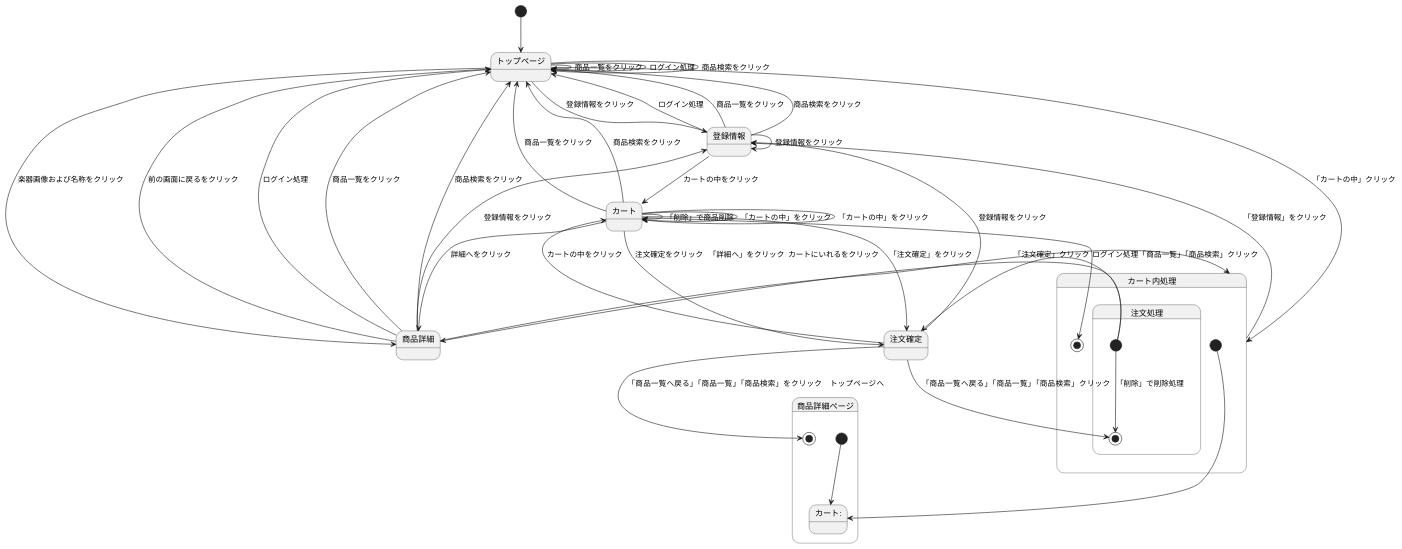
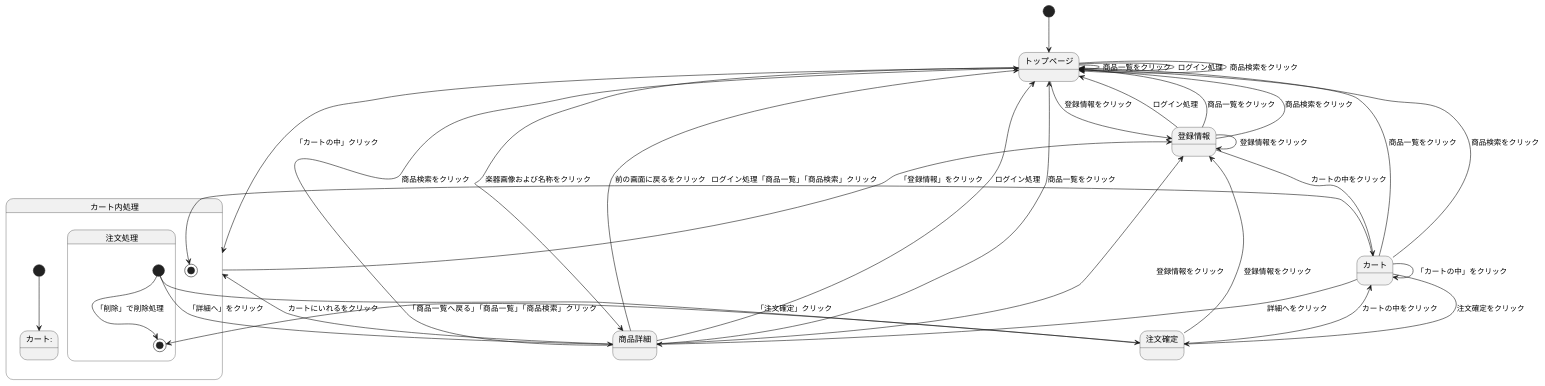
Before and after one commit to Aso2001374/2021sys-design: the third of 3 diagrams in stm01.md, drawn with PlantUML.

````diff
--- a/stm01.md
+++ b/stm01.md
@@ -55,63 +55,53 @@
 ```uml
 @startuml
 [*] --> トップページ
 
 トップページ--> トップページ : 商品一覧をクリック
 トップページ--> トップページ : ログイン処理
 トップページ--> トップページ : 商品検索をクリック
 トップページ--> カート内処理 : 「カートの中」クリック
 トップページ--> 登録情報 : 登録情報をクリック
 トップページ--> 商品詳細 : 楽器画像および名称をクリック
 
 
 商品詳細--> トップページ : 前の画面に戻るをクリック
 商品詳細--> トップページ : ログイン処理
 商品詳細--> トップページ : 商品一覧をクリック
 商品詳細--> トップページ : 商品検索をクリック
 商品詳細--> 登録情報 : 登録情報をクリック
 
 カート --> 商品詳細 : 詳細へをクリック
 
 カート --> トップページ : 商品一覧をクリック
 カート --> トップページ : 商品検索をクリック
 
 カート-->注文確定 : 注文確定をクリック
 
 登録情報 --> トップページ : ログイン処理
 登録情報 --> トップページ : 商品一覧をクリック
 登録情報 --> トップページ : 商品検索をクリック
 登録情報 --> カート : カートの中をクリック
 登録情報 --> 登録情報 : 登録情報をクリック
 
 
-
-
-state 商品詳細ページ{
-[*] --> カート:
-カート--> 注文確定: 「注文確定」をクリック
-カート--> カート: 「削除」で商品削除
-カート--> カート: 「カートの中」をクリック
-注文確定--> [*]: 「商品一覧へ戻る」「商品一覧」「商品検索」をクリック　トップページへ
-}
-
 商品詳細--> カート内処理 : カートにいれるをクリック
 
 state カート内処理{
 [*] --> カート:
 state 注文処理{
 [*]--> 注文確定: 「注文確定」クリック
 [*]--> 商品詳細 : 「詳細へ」をクリック
 [*]--> [*]: 「削除」で削除処理
 注文確定--> [*]: 「商品一覧へ戻る」「商品一覧」「商品検索」クリック
 }
 注文確定 --> カート : カートの中をクリック
 注文確定 --> 登録情報 : 登録情報をクリック
 カート--> カート: 「カートの中」をクリック
 カート--> [*]: ログイン処理「商品一覧」「商品検索」クリック
 }
 
 カート内処理--> 登録情報 : 「登録情報」をクリック
 
 
 @enduml
 ```
````
